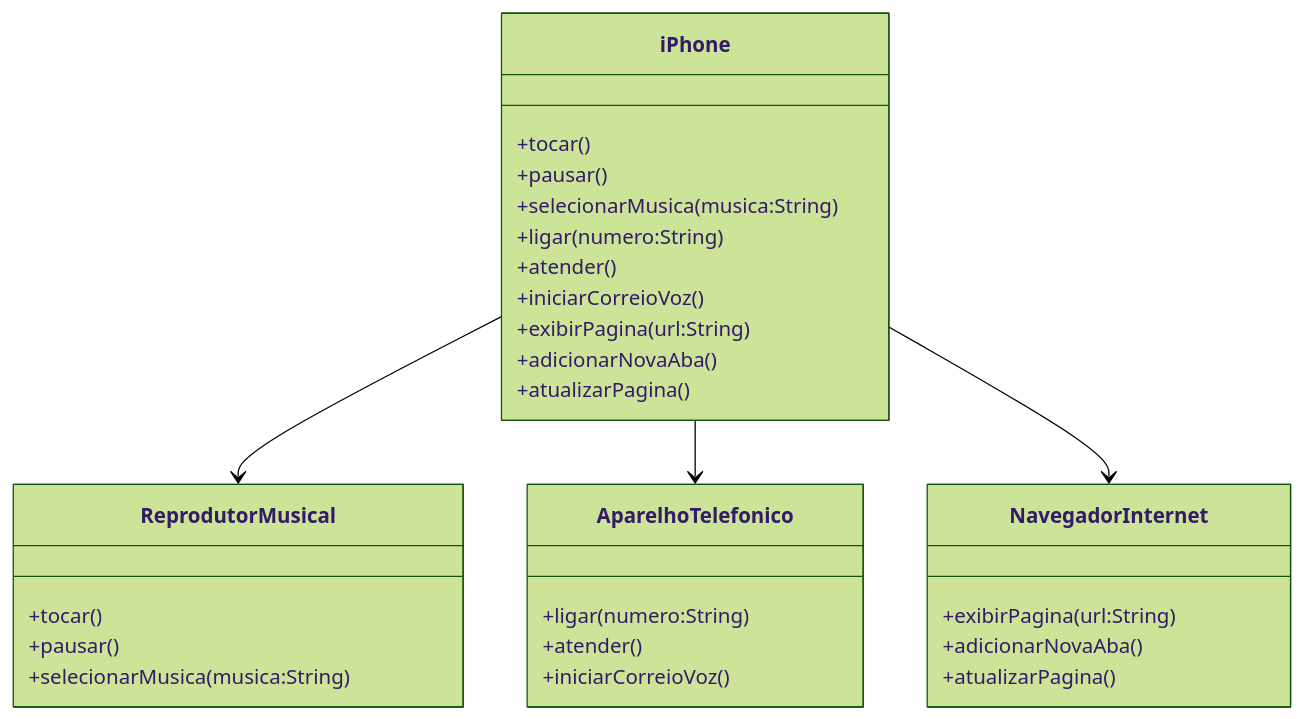
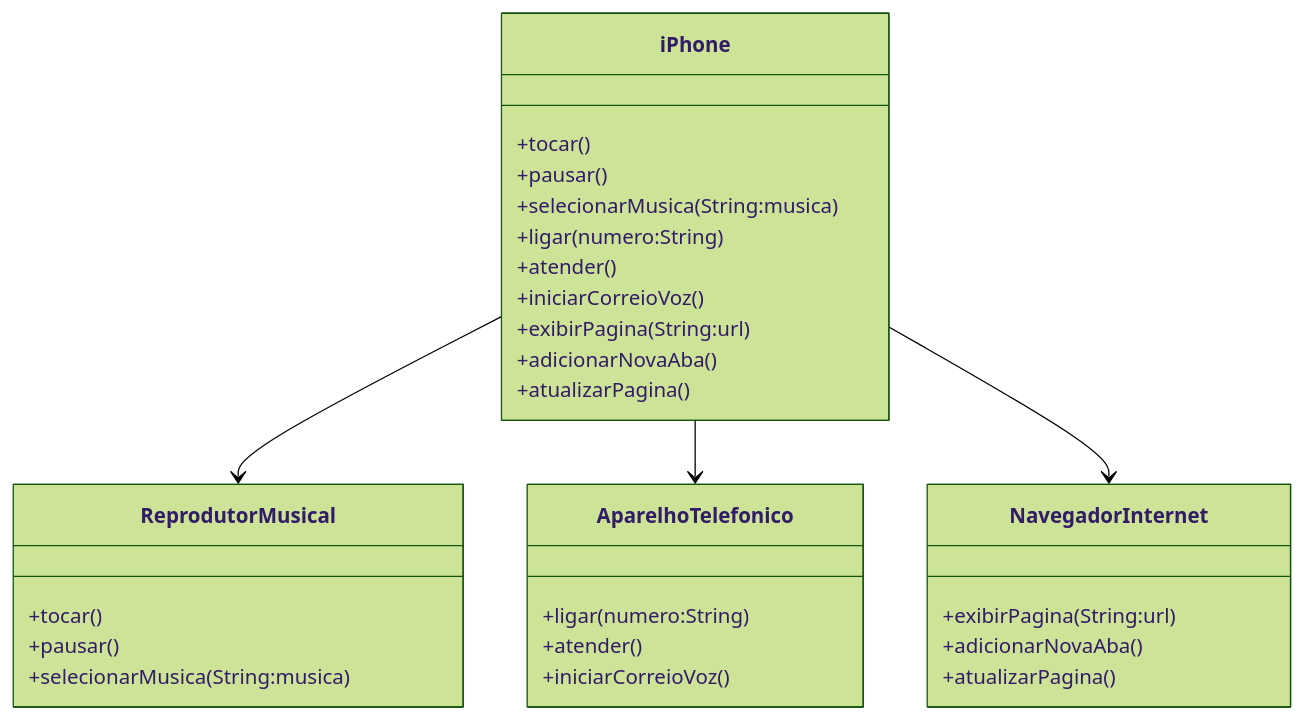
Before and after one commit to marielless/DesafioPOO: the diagram in README.md, drawn with Mermaid (forest theme). The commit also changed other lines of this file, not shown here.

````diff
--- a/README.md
+++ b/README.md
@@ -1,36 +16,36 @@
 ```mermaid
 classDiagram
     class ReprodutorMusical {
         +tocar()
         +pausar()
-        +selecionarMusica(musica:String)
+        +selecionarMusica(String:musica)
     }
 
     class AparelhoTelefonico {
         +ligar(numero:String)
         +atender()
         +iniciarCorreioVoz()
     }
 
     class NavegadorInternet {
-        +exibirPagina(url:String)
+        +exibirPagina(String:url)
         +adicionarNovaAba()
         +atualizarPagina()
     }
 
     class iPhone {
       +tocar()
       +pausar()
-      +selecionarMusica(musica:String)
+      +selecionarMusica(String:musica)
       +ligar(numero:String)
       +atender()
       +iniciarCorreioVoz()
-      +exibirPagina(url:String)
+      +exibirPagina(String:url)
       +adicionarNovaAba()
       +atualizarPagina()
     }
 
     iPhone --> ReprodutorMusical
     iPhone --> AparelhoTelefonico
     iPhone --> NavegadorInternet
 ```
````
